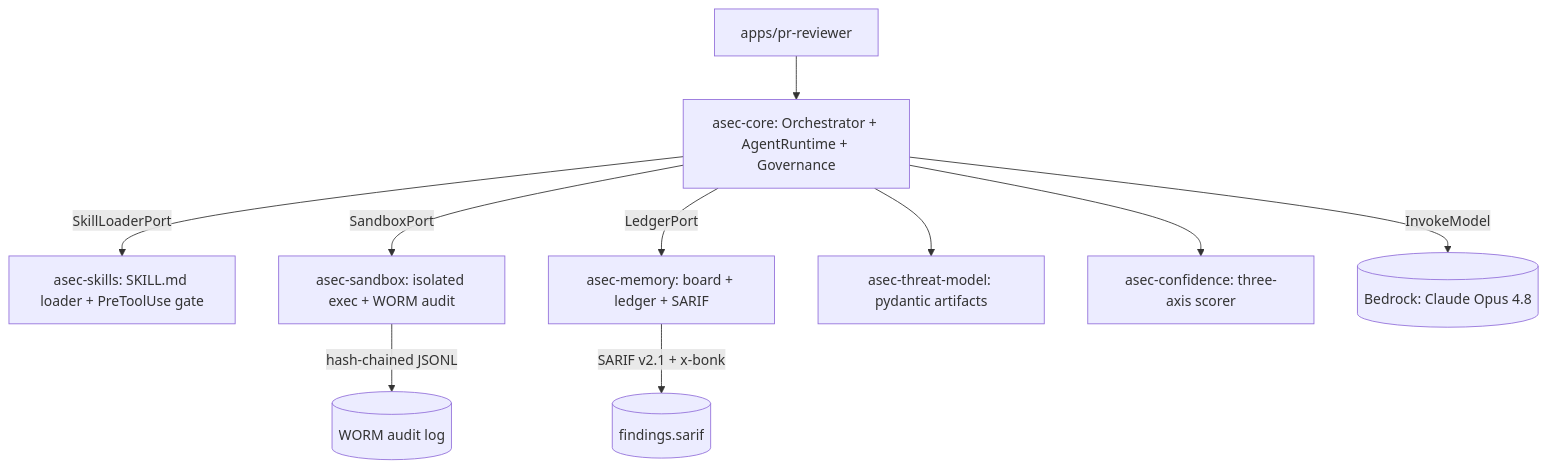
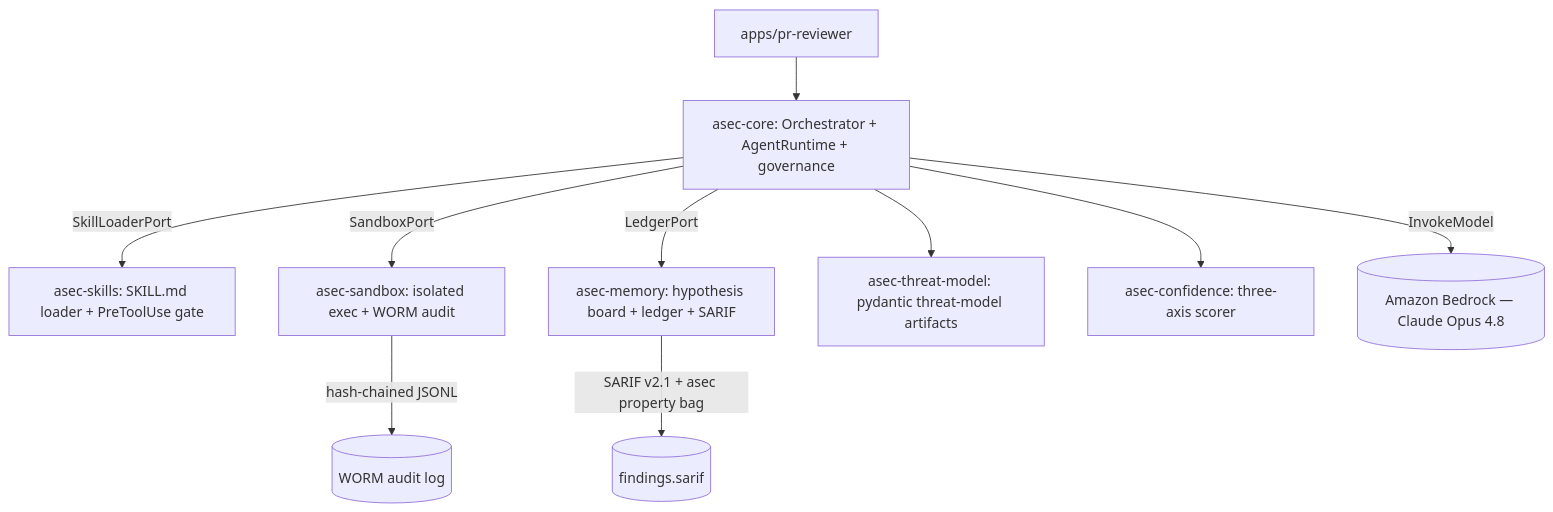
One commit to theagenticguy/agentic-security-lab changed the diagram in docs/src/content/docs/concepts/substrate.md. Above: the diagram before and after it, drawn with Mermaid. The commit also changed other lines of this file and 37 other files, not shown here.

````diff
--- a/docs/src/content/docs/concepts/substrate.md
+++ b/docs/src/content/docs/concepts/substrate.md
@@ -13,12 +22,12 @@
 ```mermaid
 flowchart TD
-    App[apps/pr-reviewer] --> Core[asec-core: Orchestrator + AgentRuntime + Governance]
+    App[apps/pr-reviewer] --> Core[asec-core: Orchestrator + AgentRuntime + governance]
     Core -->|SkillLoaderPort| Skills[asec-skills: SKILL.md loader + PreToolUse gate]
     Core -->|SandboxPort| Sandbox[asec-sandbox: isolated exec + WORM audit]
-    Core -->|LedgerPort| Memory[asec-memory: board + ledger + SARIF]
-    Core --> TM[asec-threat-model: pydantic artifacts]
+    Core -->|LedgerPort| Memory[asec-memory: hypothesis board + ledger + SARIF]
+    Core --> TM[asec-threat-model: pydantic threat-model artifacts]
     Core --> Conf[asec-confidence: three-axis scorer]
-    Core -->|InvokeModel| Bedrock[(Bedrock: Claude Opus 4.8)]
+    Core -->|InvokeModel| Bedrock[(Amazon Bedrock — Claude Opus 4.8)]
     Sandbox -->|hash-chained JSONL| Worm[(WORM audit log)]
-    Memory -->|SARIF v2.1 + x-bonk| Sarif[(findings.sarif)]
+    Memory -->|SARIF v2.1 + asec property bag| Sarif[(findings.sarif)]
 ```
````
